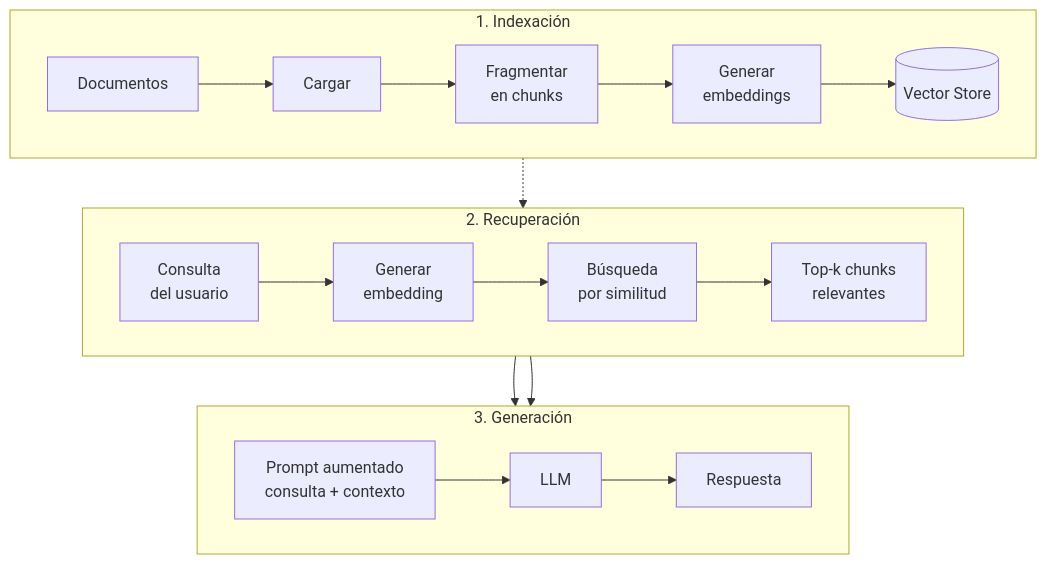
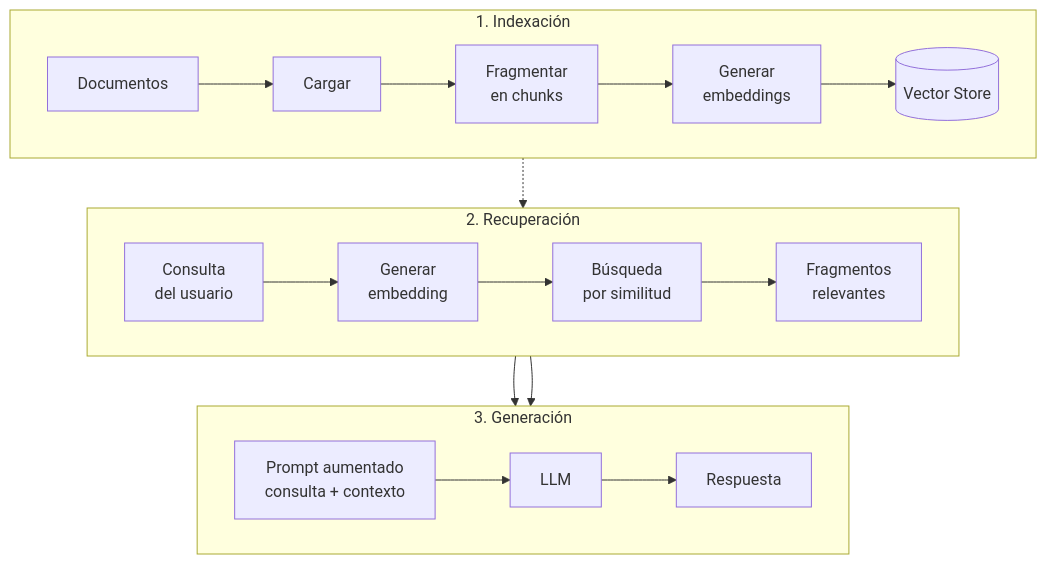
Before and after one commit to lf-hernandez/lf-hernandez.github.io: the second of 2 diagrams in content/posts/simple-rag.es.md, drawn with Mermaid.

Commit message:
content(rag-es): simplify diagram labels

````diff
--- a/content/posts/simple-rag.es.md
+++ b/content/posts/simple-rag.es.md
@@ -72,27 +72,27 @@
 ```mermaid
 flowchart TB
     subgraph Indexing["1. Indexación"]
         direction LR
         Docs[Documentos] --> Load[Cargar]
         Load --> Split[Fragmentar<br/>en chunks]
         Split --> Embed1[Generar<br/>embeddings]
         Embed1 --> VS[(Vector Store)]
     end
 
     subgraph Retrieval["2. Recuperación"]
         direction LR
         Q[Consulta<br/>del usuario] --> Embed2[Generar<br/>embedding]
         Embed2 --> Search[Búsqueda<br/>por similitud]
-        Search --> Topk[Top-k chunks<br/>relevantes]
+        Search --> Topk[Fragmentos<br/>relevantes]
     end
 
     subgraph Generation["3. Generación"]
         direction LR
         Prompt[Prompt aumentado<br/>consulta + contexto] --> LLM[LLM]
         LLM --> Answer[Respuesta]
     end
 
     VS -.-> Search
     Q --> Prompt
     Topk --> Prompt
 ```
````
